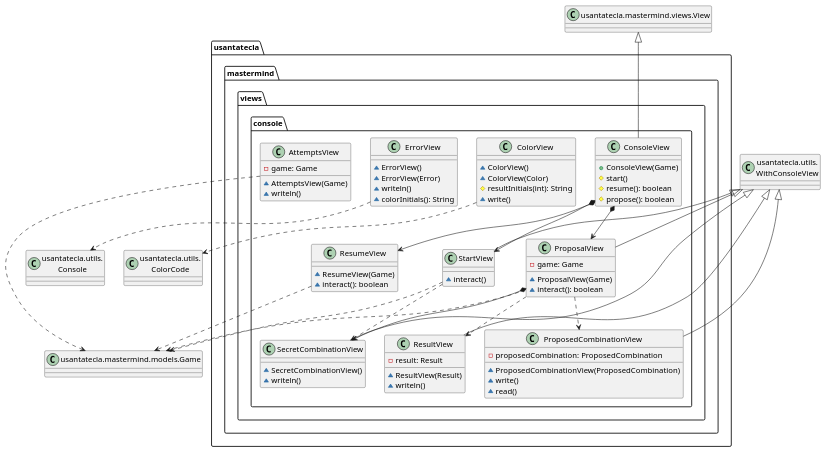
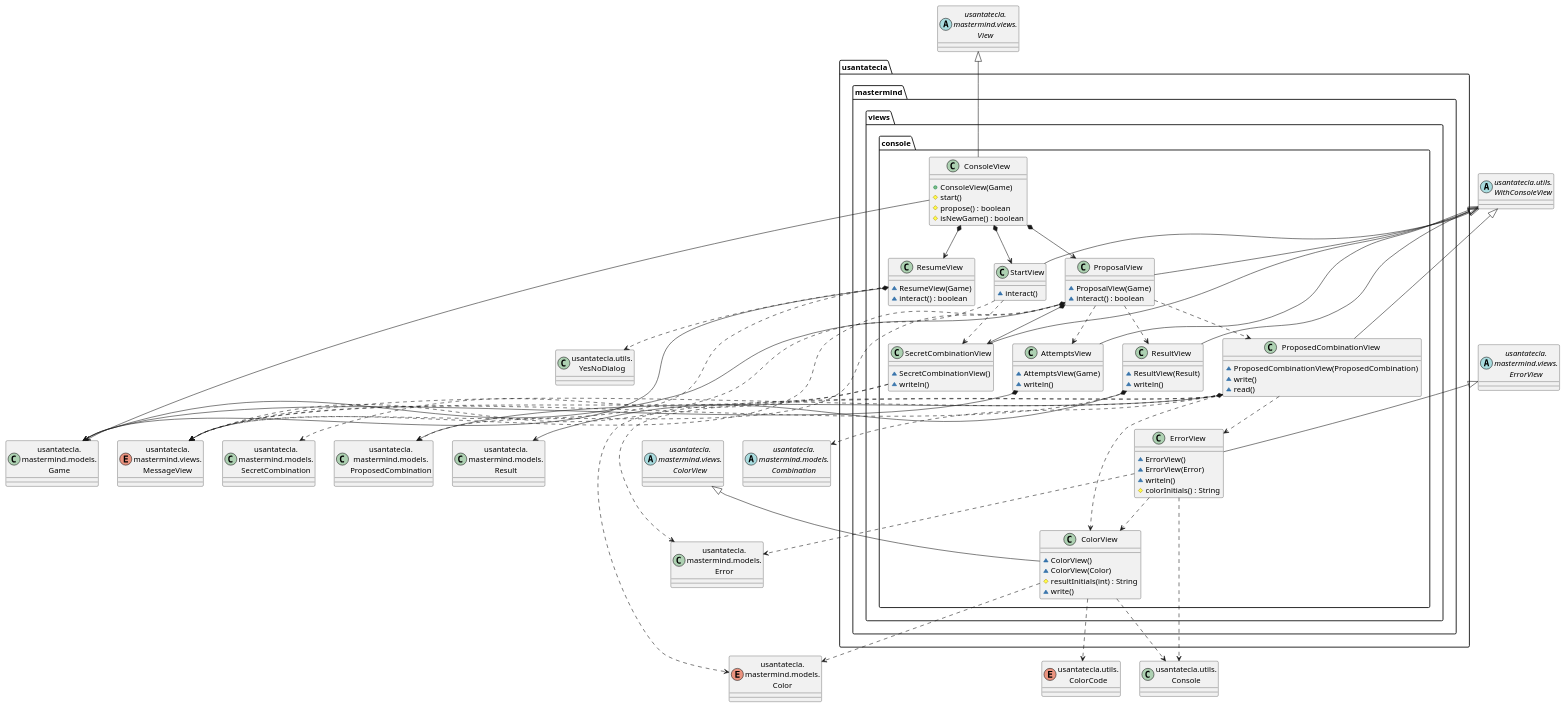
Before and after one commit to SantaTecla-mastermind/solution.java.swing.socket.sql: the third of 6 diagrams in documentView/withFactoryMethod/docs/diagrams/src/paquetes.plantuml, drawn with PlantUML. The commit also changed 1 other file, not shown here.

Commit message:
documentView.WithoutFactoryMethod diagrams updated

```diff
--- a/documentView/withFactoryMethod/docs/diagrams/src/paquetes.plantuml
+++ b/documentView/withFactoryMethod/docs/diagrams/src/paquetes.plantuml
@@ -83,99 +83,117 @@
 @startuml mastermind.view.console
-class WithConsoleView as "usantatecla.utils.\nWithConsoleView"{
+class Game as "usantatecla.\nmastermind.models.\nGame"
+class Error as "usantatecla.\nmastermind.models.\nError"
+class Result as "usantatecla.\nmastermind.models.\nResult"
+enum Color as "usantatecla.\nmastermind.models.\nColor"
+abstract class Combination as "usantatecla.\nmastermind.models.\nCombination"
+class ProposedCombination as "usantatecla.\nmastermind.models.\nProposedCombination"
+class SecretCombination as "usantatecla.\nmastermind.models.\nSecretCombination"
+abstract class View as "usantatecla.\nmastermind.views.\nView"
+abstract class ColorView as "usantatecla.\nmastermind.views.\nColorView"
+abstract class ErrorView as "usantatecla.\nmastermind.views.\nErrorView"
+enum MessageView as "usantatecla.\nmastermind.views.\nMessageView"
+abstract class WithConsoleView as "usantatecla.utils.\nWithConsoleView"
+class Console as "usantatecla.utils.\nConsole"
+class YesNoDialog as "usantatecla.utils.\nYesNoDialog"
+enum ColorCode as "usantatecla.utils.\nColorCode"
+
+class usantatecla.mastermind.views.console.ConsoleView {
+    + ConsoleView(Game)
+    # start()
+    # propose() : boolean
+    # isNewGame() : boolean
+}
+usantatecla.mastermind.views.console.ConsoleView -up-|> View
+usantatecla.mastermind.views.console.ConsoleView *-down-> usantatecla.mastermind.views.console.StartView
+usantatecla.mastermind.views.console.ConsoleView *-down-> usantatecla.mastermind.views.console.ProposalView
+usantatecla.mastermind.views.console.ConsoleView *-down-> usantatecla.mastermind.views.console.ResumeView
+usantatecla.mastermind.views.console.ConsoleView --> Game
+
+class usantatecla.mastermind.views.console.ResumeView {
+    ~ ResumeView(Game)
+    ~ interact() : boolean
+}
+usantatecla.mastermind.views.console.ResumeView *-down-> Game
+usantatecla.mastermind.views.console.ResumeView ..> YesNoDialog
+usantatecla.mastermind.views.console.ResumeView ..> MessageView
+
+class usantatecla.mastermind.views.console.StartView {
+    ~ interact()
+}
+usantatecla.mastermind.views.console.StartView -up-|> WithConsoleView
+usantatecla.mastermind.views.console.StartView ..> MessageView
+usantatecla.mastermind.views.console.StartView ..> usantatecla.mastermind.views.console.SecretCombinationView
+
+class usantatecla.mastermind.views.console.ProposalView {
+    ~ ProposalView(Game)
+    ~ interact() : boolean
 
 }
-class  usantatecla.mastermind.views.console.ConsoleView{
-+ ConsoleView(Game)
-# start() 
-# resume(): boolean
-# propose(): boolean
+usantatecla.mastermind.views.console.ProposalView -up-|> WithConsoleView
+usantatecla.mastermind.views.console.ProposalView *-down-> Game
+usantatecla.mastermind.views.console.ProposalView *-down-> usantatecla.mastermind.views.console.SecretCombinationView
+usantatecla.mastermind.views.console.ProposalView ..> ProposedCombination
+usantatecla.mastermind.views.console.ProposalView ..> usantatecla.mastermind.views.console.AttemptsView
+usantatecla.mastermind.views.console.ProposalView ..> usantatecla.mastermind.views.console.ResultView
+usantatecla.mastermind.views.console.ProposalView ..> usantatecla.mastermind.views.console.ProposedCombinationView
+usantatecla.mastermind.views.console.ProposalView ..> MessageView
+
+class usantatecla.mastermind.views.console.ProposedCombinationView {
+    ~ ProposedCombinationView(ProposedCombination)
+    ~ write()
+    ~ read()
 }
+usantatecla.mastermind.views.console.ProposedCombinationView -up-|> WithConsoleView
+usantatecla.mastermind.views.console.ProposedCombinationView *-down-> ProposedCombination
+usantatecla.mastermind.views.console.ProposedCombinationView ..> usantatecla.mastermind.views.console.ErrorView
+usantatecla.mastermind.views.console.ProposedCombinationView ..> usantatecla.mastermind.views.console.ColorView
+usantatecla.mastermind.views.console.ProposedCombinationView ..> Color
+usantatecla.mastermind.views.console.ProposedCombinationView ..> Error
+usantatecla.mastermind.views.console.ProposedCombinationView ..> Combination
+usantatecla.mastermind.views.console.ProposedCombinationView ..> MessageView
 
-class View as "usantatecla.mastermind.views.View"{
+class usantatecla.mastermind.views.console.SecretCombinationView {
+    ~ SecretCombinationView()
+    ~ writeln()
+}
+usantatecla.mastermind.views.console.SecretCombinationView -up-|> WithConsoleView
+usantatecla.mastermind.views.console.SecretCombinationView ..> SecretCombination
+usantatecla.mastermind.views.console.SecretCombinationView ..> MessageView
 
+class usantatecla.mastermind.views.console.ResultView {
+    ~ ResultView(Result)
+    ~ writeln()
 }
-View <|-down- usantatecla.mastermind.views.console.ConsoleView
-usantatecla.mastermind.views.console.ConsoleView *-down-> usantatecla.mastermind.views.console.ProposalView
-usantatecla.mastermind.views.console.ConsoleView *-down-> usantatecla.mastermind.views.console.ResumeView
-usantatecla.mastermind.views.console.ConsoleView *-down-> usantatecla.mastermind.views.console.StartView
+usantatecla.mastermind.views.console.ResultView -up-|> WithConsoleView
+usantatecla.mastermind.views.console.ResultView *-down-> Result
+usantatecla.mastermind.views.console.ResultView ..> MessageView
 
-class  usantatecla.mastermind.views.console.ProposalView{
-- game: Game
-~ ProposalView(Game)
-~ interact(): boolean
+class usantatecla.mastermind.views.console.AttemptsView {
+    ~ AttemptsView(Game)
+    ~ writeln()
 }
+usantatecla.mastermind.views.console.AttemptsView -up-|> WithConsoleView
+usantatecla.mastermind.views.console.AttemptsView *-down-> Game
 
-class Game as "usantatecla.mastermind.models.Game"{
-
-}
-WithConsoleView <|-down- usantatecla.mastermind.views.console.ProposalView
-usantatecla.mastermind.views.console.ProposalView ..> Game
-usantatecla.mastermind.views.console.ProposalView ..> usantatecla.mastermind.views.console.ProposedCombinationView
-usantatecla.mastermind.views.console.ProposalView *-down-> usantatecla.mastermind.views.console.SecretCombinationView
-usantatecla.mastermind.views.console.ProposalView ..> usantatecla.mastermind.views.console.ResultView
-
-class  usantatecla.mastermind.views.console.ProposedCombinationView{
-- proposedCombination: ProposedCombination
-~ ProposedCombinationView(ProposedCombination)
-~ write()
-~ read()
-}
-WithConsoleView <|-down- usantatecla.mastermind.views.console.ProposedCombinationView
-
-class  usantatecla.mastermind.views.console.ResultView{
--result: Result
-~ ResultView(Result)
-~ writeln()
-}
-class  usantatecla.mastermind.views.console.AttemptsView{
-- game: Game
-~ AttemptsView(Game)
-~ writeln()
-}
-WithConsoleView <|-down- usantatecla.mastermind.views.console.ResultView
-
-class  usantatecla.mastermind.views.console.ResumeView{
-~ ResumeView(Game)
-~ interact(): boolean
-}
-usantatecla.mastermind.views.console.ResumeView ..> Game
-
-class  usantatecla.mastermind.views.console.SecretCombinationView{
-~ SecretCombinationView()
-~ writeln() 
-}
-
-
-WithConsoleView <|-down- usantatecla.mastermind.views.console.SecretCombinationView
-
-class  usantatecla.mastermind.views.console.StartView{
-~ interact() 
-}
-
-class  usantatecla.mastermind.views.console.ErrorView{
-~ ErrorView() 
-~ ErrorView(Error) 
-~ writeln()
-~ colorInitials(): String
-}
-
-class  usantatecla.mastermind.views.console.ColorView{
+class usantatecla.mastermind.views.console.ColorView {
     ~ ColorView()
     ~ ColorView(Color)
-    # resultInitials(int): String
+    # resultInitials(int) : String
     ~ write()
 }
-class Color as "usantatecla.utils.\nColorCode"{
+usantatecla.mastermind.views.console.ColorView -up-|> ColorView
+usantatecla.mastermind.views.console.ColorView ..> ColorCode
+usantatecla.mastermind.views.console.ColorView ..> Console
+usantatecla.mastermind.views.console.ColorView ..> Color
 
+class usantatecla.mastermind.views.console.ErrorView {
+    ~ ErrorView()
+    ~ ErrorView(Error)
+    ~ writeln()
+    # colorInitials() : String
 }
-
-class Console as "usantatecla.utils.\nConsole"{
-
-}
-usantatecla.mastermind.views.console.ColorView .down-> Color
-usantatecla.mastermind.views.console.ErrorView .down-> Console
-usantatecla.mastermind.views.console.AttemptsView .down-> Game
-WithConsoleView <|-down- usantatecla.mastermind.views.console.StartView
-usantatecla.mastermind.views.console.StartView ..> Game
-usantatecla.mastermind.views.console.StartView..> usantatecla.mastermind.views.console.SecretCombinationView
+usantatecla.mastermind.views.console.ErrorView -up-|> ErrorView
+usantatecla.mastermind.views.console.ErrorView ..> Error
+usantatecla.mastermind.views.console.ErrorView ..> Console
+usantatecla.mastermind.views.console.ErrorView ..> usantatecla.mastermind.views.console.ColorView
 @enduml
```
